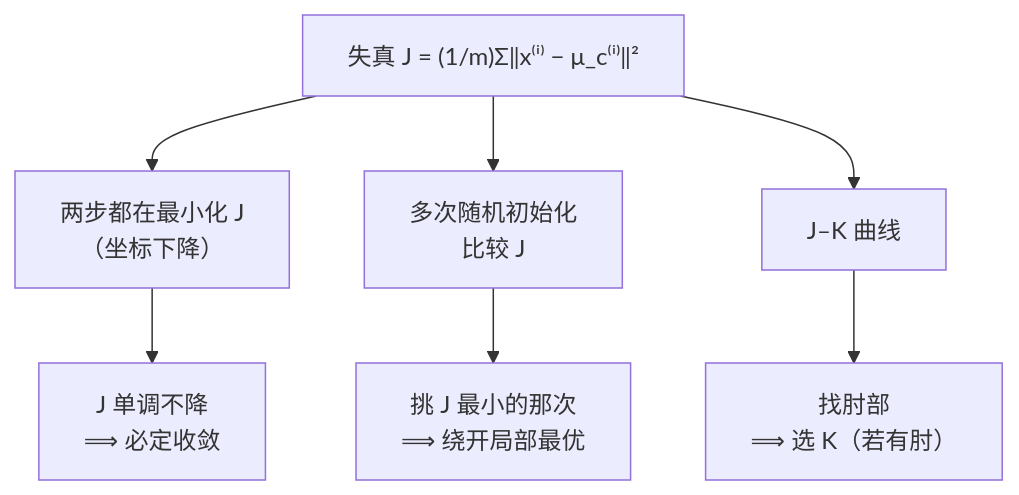
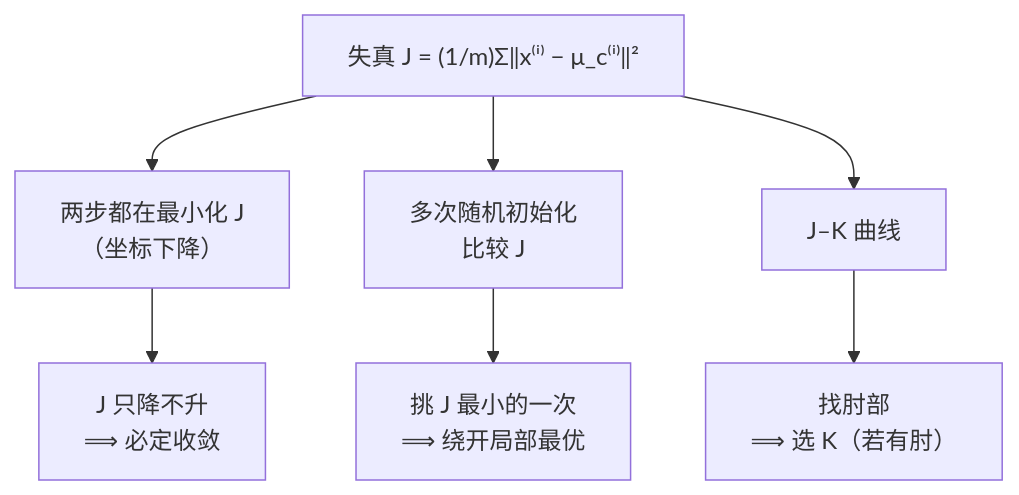
Before and after one commit to KayeAdams515/ClaudeNotes: the diagram in 机器学习/C4.2 K-means 的优化目标、随机初始化与选 K.md, drawn with Mermaid. The commit also changed other lines of this file and 70 other files, not shown here.

````diff
--- a/机器学习/C4.2 K-means 的优化目标、随机初始化与选 K.md
+++ b/机器学习/C4.2 K-means 的优化目标、随机初始化与选 K.md
@@ -322,10 +200,10 @@
 ```mermaid
 flowchart TD
     J["失真 J = (1/m)Σ‖x⁽ⁱ⁾ − μ_c⁽ⁱ⁾‖²"]
     J --> A["两步都在最小化 J<br/>（坐标下降）"]
     J --> B["多次随机初始化<br/>比较 J"]
     J --> C["J–K 曲线"]
-    A --> A2["J 单调不降<br/>⟹ 必定收敛"]
-    B --> B2["挑 J 最小的那次<br/>⟹ 绕开局部最优"]
+    A --> A2["J 只降不升<br/>⟹ 必定收敛"]
+    B --> B2["挑 J 最小的一次<br/>⟹ 绕开局部最优"]
     C --> C2["找肘部<br/>⟹ 选 K（若有肘）"]
 ```
````
